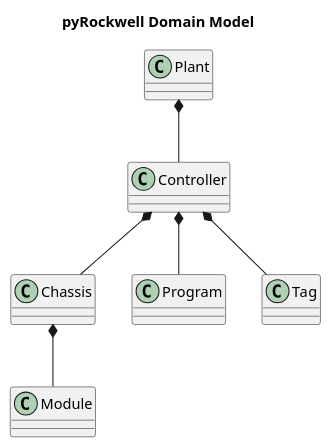
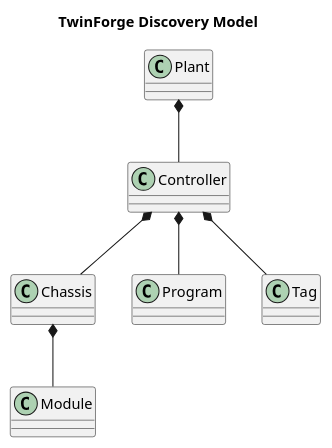
The diagram in docs/architecture/discovery.puml (C-White-1/TwinForge), drawn with PlantUML before and after one commit. The commit also changed 13 other files, not shown here.

First line of the commit message:
Document TwinForge architecture and user workflow

```diff
--- a/docs/architecture/discovery.puml
+++ b/docs/architecture/discovery.puml
@@ -1,19 +1,19 @@
-@startuml
+@startuml twinforge_discovery
 
-title pyRockwell Domain Model
+title TwinForge Discovery Model
 
 class Plant
 class Controller
 class Chassis
 class Module
 class Program
 class Tag
 
 Plant *-- Controller
 Controller *-- Chassis
 Chassis *-- Module
 
 Controller *-- Program
 Controller *-- Tag
 
 @enduml
```
